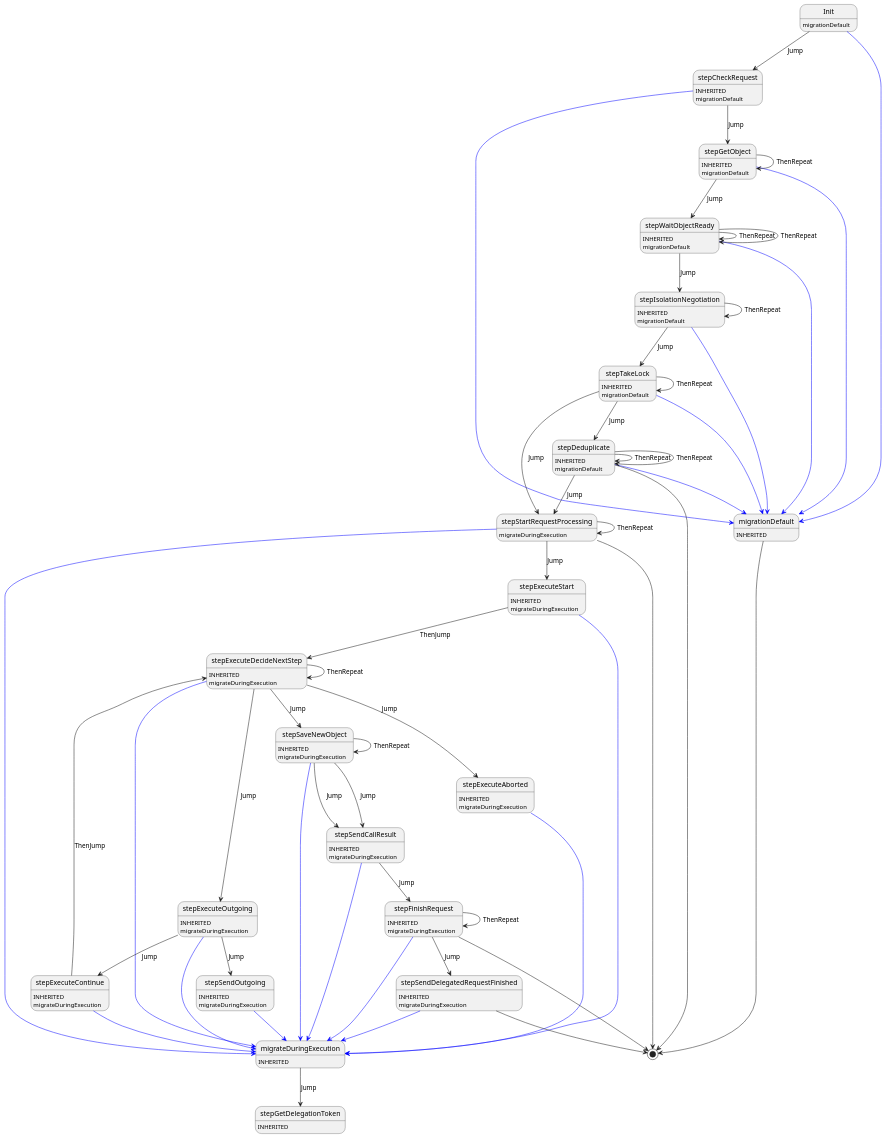
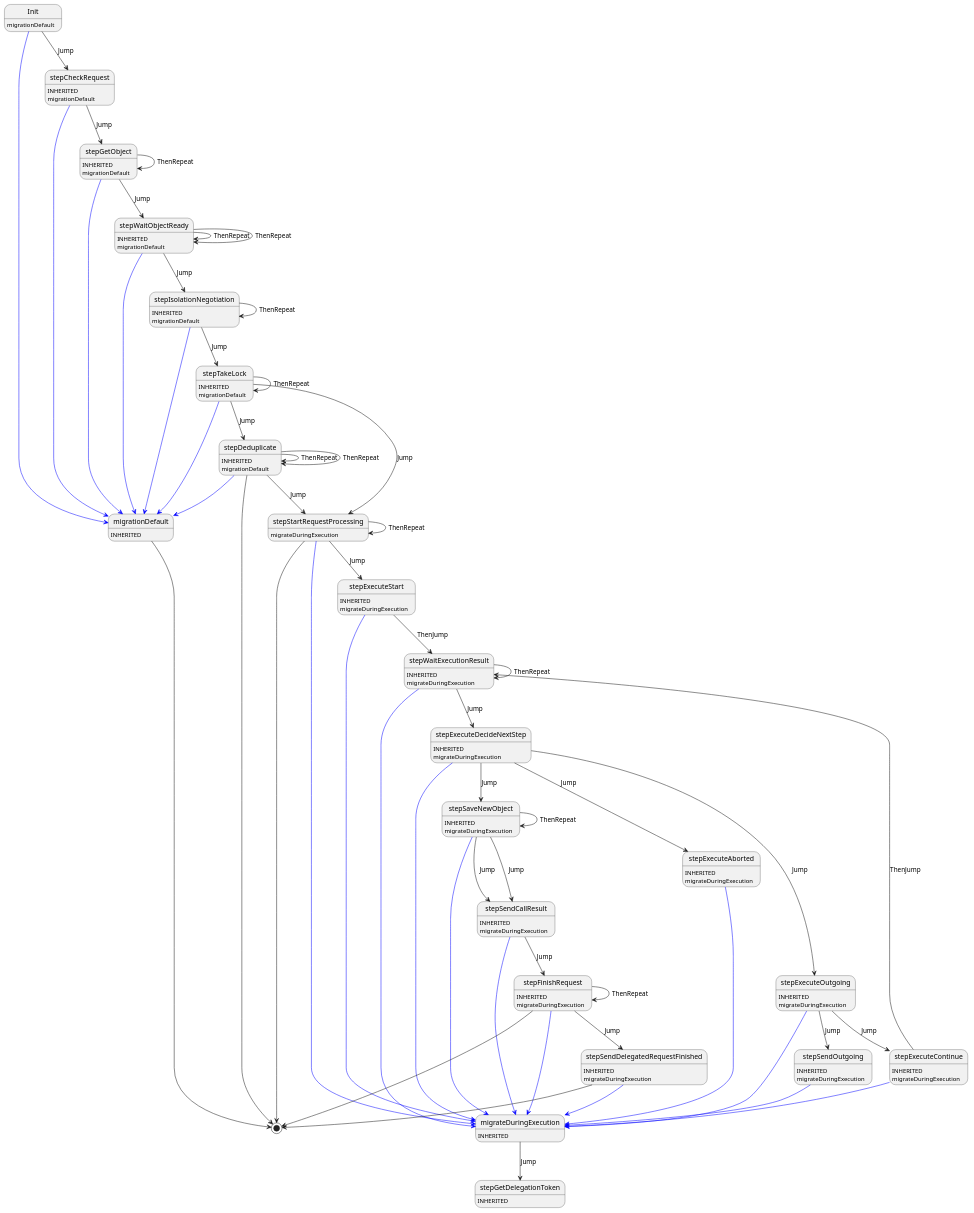
One commit to insolar/assured-ledger changed the diagram in ledger-core/virtual/execute/execute.plantuml. Above: the diagram before and after it, drawn with PlantUML. The commit also changed 1 other file, not shown here.

Commit message:
NOISSUE: fix nil pointer dereference if woked up during execution (#320)
* NOISSUE: fix nil pointer dereference if woked up during execution

```diff
--- a/ledger-core/virtual/execute/execute.plantuml
+++ b/ledger-core/virtual/execute/execute.plantuml
@@ -1,94 +1,98 @@
 @startuml
 Init : migrationDefault
 Init -[#blue]-> migrationDefault
 Init --> stepCheckRequest : Jump
 migrationDefault : INHERITED
 migrationDefault --> [*]
 stepCheckRequest : INHERITED
 stepCheckRequest : migrationDefault
 stepCheckRequest -[#blue]-> migrationDefault
 stepCheckRequest --> stepGetObject : Jump
 stepGetObject : INHERITED
 stepGetObject : migrationDefault
 stepGetObject -[#blue]-> migrationDefault
 stepGetObject --> stepWaitObjectReady : Jump
 stepGetObject --> stepGetObject : ThenRepeat
 stepWaitObjectReady : INHERITED
 stepWaitObjectReady : migrationDefault
 stepWaitObjectReady -[#blue]-> migrationDefault
 stepWaitObjectReady --> stepIsolationNegotiation : Jump
 stepWaitObjectReady --> stepWaitObjectReady : ThenRepeat
 stepWaitObjectReady --> stepWaitObjectReady : ThenRepeat
 stepIsolationNegotiation : INHERITED
 stepIsolationNegotiation : migrationDefault
 stepIsolationNegotiation -[#blue]-> migrationDefault
 stepIsolationNegotiation --> stepTakeLock : Jump
 stepIsolationNegotiation --> stepIsolationNegotiation : ThenRepeat
 stepTakeLock : INHERITED
 stepTakeLock : migrationDefault
 stepTakeLock -[#blue]-> migrationDefault
 stepTakeLock --> stepDeduplicate : Jump
 stepTakeLock --> stepStartRequestProcessing : Jump
 stepTakeLock --> stepTakeLock : ThenRepeat
 stepDeduplicate : INHERITED
 stepDeduplicate : migrationDefault
 stepDeduplicate -[#blue]-> migrationDefault
 stepDeduplicate --> stepStartRequestProcessing : Jump
 stepDeduplicate --> [*]
 stepDeduplicate --> stepDeduplicate : ThenRepeat
 stepDeduplicate --> stepDeduplicate : ThenRepeat
 stepStartRequestProcessing : migrateDuringExecution
 stepStartRequestProcessing -[#blue]-> migrateDuringExecution
 stepStartRequestProcessing --> stepExecuteStart : Jump
 stepStartRequestProcessing --> [*]
 stepStartRequestProcessing --> stepStartRequestProcessing : ThenRepeat
 migrateDuringExecution : INHERITED
 migrateDuringExecution --> stepGetDelegationToken : Jump
 stepExecuteStart : INHERITED
 stepExecuteStart : migrateDuringExecution
 stepExecuteStart -[#blue]-> migrateDuringExecution
-stepExecuteStart --> stepExecuteDecideNextStep : ThenJump
+stepExecuteStart --> stepWaitExecutionResult : ThenJump
 stepGetDelegationToken : INHERITED
+stepWaitExecutionResult : INHERITED
+stepWaitExecutionResult : migrateDuringExecution
+stepWaitExecutionResult -[#blue]-> migrateDuringExecution
+stepWaitExecutionResult --> stepExecuteDecideNextStep : Jump
+stepWaitExecutionResult --> stepWaitExecutionResult : ThenRepeat
 stepExecuteDecideNextStep : INHERITED
 stepExecuteDecideNextStep : migrateDuringExecution
 stepExecuteDecideNextStep -[#blue]-> migrateDuringExecution
 stepExecuteDecideNextStep --> stepSaveNewObject : Jump
 stepExecuteDecideNextStep --> stepExecuteAborted : Jump
 stepExecuteDecideNextStep --> stepExecuteOutgoing : Jump
-stepExecuteDecideNextStep --> stepExecuteDecideNextStep : ThenRepeat
 stepSaveNewObject : INHERITED
 stepSaveNewObject : migrateDuringExecution
 stepSaveNewObject -[#blue]-> migrateDuringExecution
 stepSaveNewObject --> stepSendCallResult : Jump
 stepSaveNewObject --> stepSendCallResult : Jump
 stepSaveNewObject --> stepSaveNewObject : ThenRepeat
 stepExecuteAborted : INHERITED
 stepExecuteAborted : migrateDuringExecution
 stepExecuteAborted -[#blue]-> migrateDuringExecution
 stepExecuteOutgoing : INHERITED
 stepExecuteOutgoing : migrateDuringExecution
 stepExecuteOutgoing -[#blue]-> migrateDuringExecution
 stepExecuteOutgoing --> stepSendOutgoing : Jump
 stepExecuteOutgoing --> stepExecuteContinue : Jump
 stepSendCallResult : INHERITED
 stepSendCallResult : migrateDuringExecution
 stepSendCallResult -[#blue]-> migrateDuringExecution
 stepSendCallResult --> stepFinishRequest : Jump
 stepSendOutgoing : INHERITED
 stepSendOutgoing : migrateDuringExecution
 stepSendOutgoing -[#blue]-> migrateDuringExecution
 stepExecuteContinue : INHERITED
 stepExecuteContinue : migrateDuringExecution
 stepExecuteContinue -[#blue]-> migrateDuringExecution
-stepExecuteContinue --> stepExecuteDecideNextStep : ThenJump
+stepExecuteContinue --> stepWaitExecutionResult : ThenJump
 stepFinishRequest : INHERITED
 stepFinishRequest : migrateDuringExecution
 stepFinishRequest -[#blue]-> migrateDuringExecution
 stepFinishRequest --> stepSendDelegatedRequestFinished : Jump
 stepFinishRequest --> [*]
 stepFinishRequest --> stepFinishRequest : ThenRepeat
 stepSendDelegatedRequestFinished : INHERITED
 stepSendDelegatedRequestFinished : migrateDuringExecution
 stepSendDelegatedRequestFinished -[#blue]-> migrateDuringExecution
 stepSendDelegatedRequestFinished --> [*]
 @enduml
```
